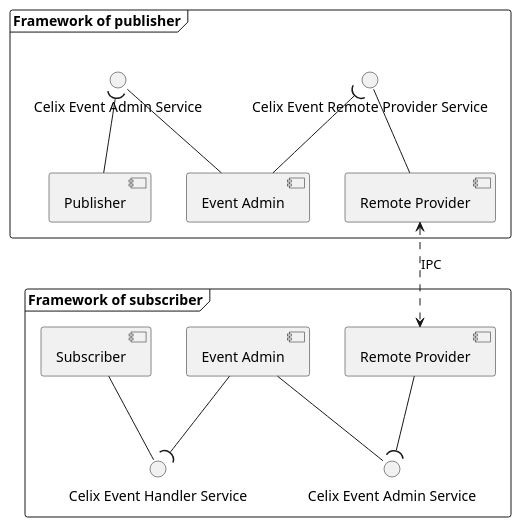
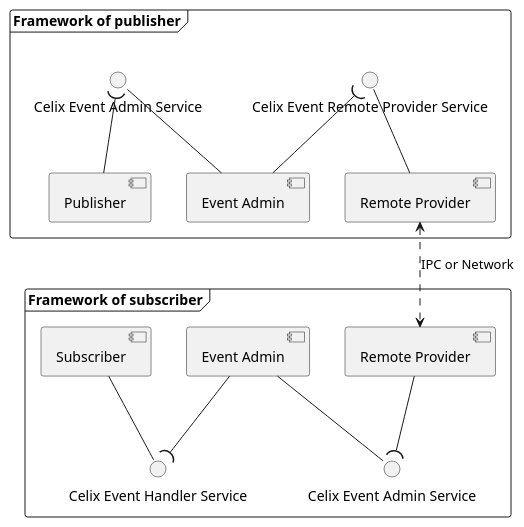
One commit to apache/celix changed the diagram in bundles/event_admin/remote_provider/diagrams/event_admin_remote_provider_component.puml. Above: the diagram before and after it, drawn with PlantUML. The commit also changed 29 other files, not shown here.

```diff
--- a/bundles/event_admin/remote_provider/diagrams/event_admin_remote_provider_component.puml
+++ b/bundles/event_admin/remote_provider/diagrams/event_admin_remote_provider_component.puml
@@ -16,34 +16,34 @@
 @startuml
 'https://plantuml.com/component-diagram
 
 
 frame "Framework of publisher" {
     ()EventAdminService1 as "Celix Event Admin Service"
     ()RemoteProviderService1 as "Celix Event Remote Provider Service"
     [Publisher]
     EventAdmin1 as [Event Admin]
     RemoteProvider1 as [Remote Provider]
 
 
     Publisher -up-( EventAdminService1
     EventAdmin1 -up- EventAdminService1
     EventAdmin1 -up-( RemoteProviderService1
     RemoteProvider1 -up- RemoteProviderService1
 }
 
 frame "Framework of subscriber" {
     ()EventAdminService2 as "Celix Event Admin Service"
     ()EventHandlerService as "Celix Event Handler Service"
     RemoteProvider2 as [Remote Provider]
     EventAdmin2 as [Event Admin]
     [Subscriber]
 
     RemoteProvider2 -down-( EventAdminService2
     EventAdmin2 -down- EventAdminService2
     EventAdmin2 -down-( EventHandlerService
     Subscriber -down- EventHandlerService
 }
 
-RemoteProvider1 <.down.> RemoteProvider2:IPC
+RemoteProvider1 <.down.> RemoteProvider2:IPC or Network
 
 @enduml
```
